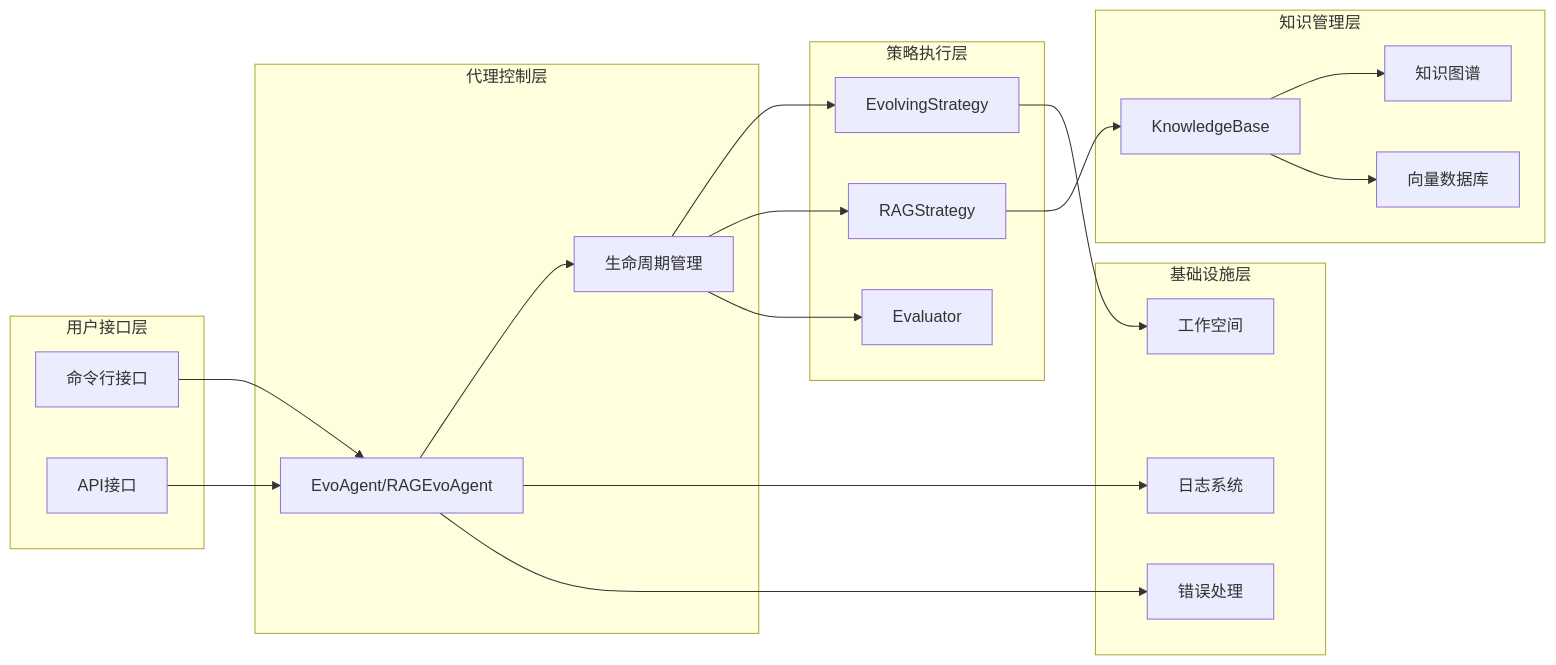
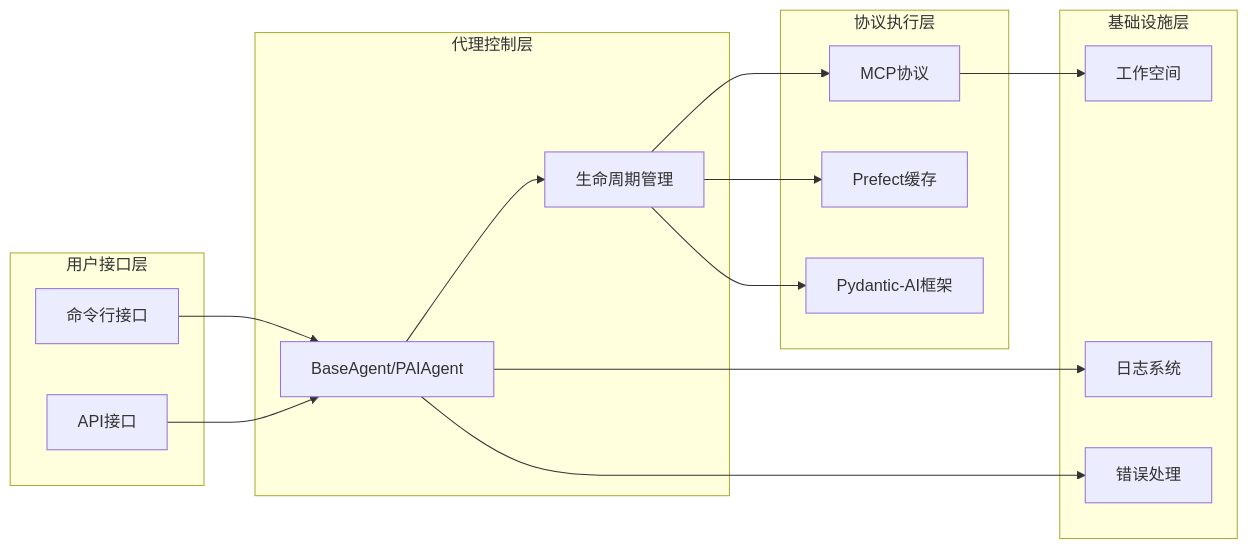
One commit to afanty2021/RD-Agent changed the third of 10 diagrams in .qoder/repowiki/zh/content/核心概念/演化代理/代理架构.md. Above: the diagram before and after it, drawn with Mermaid. The commit also changed other lines of this file and 5 other files, not shown here.

````diff
--- a/.qoder/repowiki/zh/content/核心概念/演化代理/代理架构.md
+++ b/.qoder/repowiki/zh/content/核心概念/演化代理/代理架构.md
@@ -143,38 +126,30 @@
 ```mermaid
 graph LR
 subgraph "用户接口层"
 CLI[命令行接口]
 API[API接口]
 end
 subgraph "代理控制层"
-AGENT[EvoAgent/RAGEvoAgent]
+AGENT[BaseAgent/PAIAgent]
 LIFECYCLE[生命周期管理]
 end
-subgraph "策略执行层"
-STRATEGY[EvolvingStrategy]
-KNOWLEDGE[RAGStrategy]
-EVALUATOR[Evaluator]
-end
-subgraph "知识管理层"
-KB[KnowledgeBase]
-GRAPH[知识图谱]
-VECTOR[向量数据库]
+subgraph "协议执行层"
+MCP[MCP协议]
+PREFECT[Prefect缓存]
+PYDANTIC[Pydantic-AI框架]
 end
 subgraph "基础设施层"
 WORKSPACE[工作空间]
 LOGGING[日志系统]
 ERROR[错误处理]
 end
 CLI --> AGENT
 API --> AGENT
 AGENT --> LIFECYCLE
-LIFECYCLE --> STRATEGY
-LIFECYCLE --> KNOWLEDGE
-LIFECYCLE --> EVALUATOR
-KNOWLEDGE --> KB
-KB --> GRAPH
-KB --> VECTOR
-STRATEGY --> WORKSPACE
+LIFECYCLE --> MCP
+LIFECYCLE --> PREFECT
+LIFECYCLE --> PYDANTIC
+MCP --> WORKSPACE
 AGENT --> LOGGING
 AGENT --> ERROR
 ```
````
